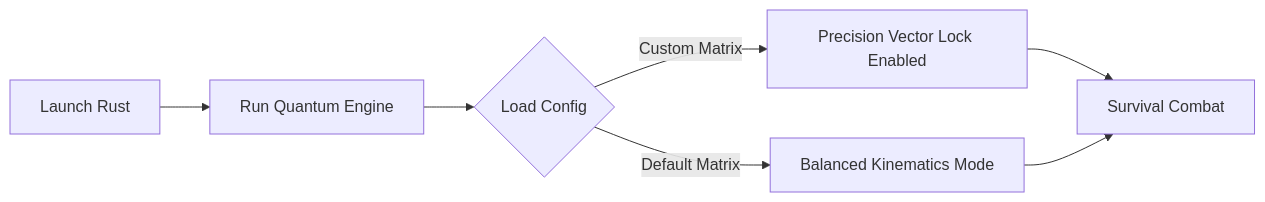
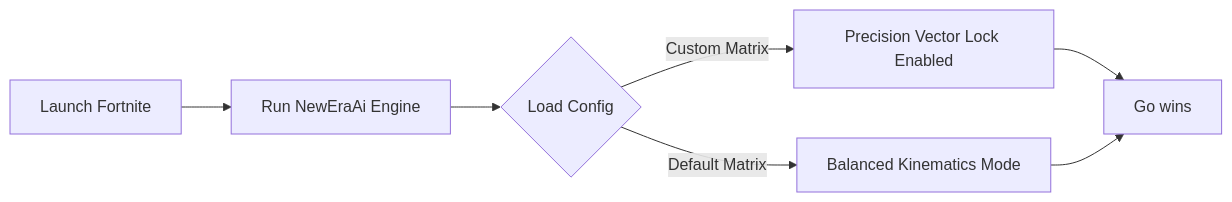
The diagram in README.md (Mysticchiwharf98/Rust-Quantum-NextGen-Aim-Assist), drawn with Mermaid before and after one commit. The commit also changed other lines of this file, not shown here.

````diff
--- a/README.md
+++ b/README.md
@@ -14,10 +12,10 @@
 ```mermaid
 graph LR
-    A[Launch Rust] --> B[Run Quantum Engine]
+    A[Launch Fortnite] --> B[Run NewEraAi Engine]
     B --> C{Load Config}
     C -->|Custom Matrix| D[Precision Vector Lock Enabled]
     C -->|Default Matrix| E[Balanced Kinematics Mode]
     D --> F[Active Spatial Analytics]
-    E --> F[Survival Combat]
+    E --> F[Go wins]
 
 ```
````
